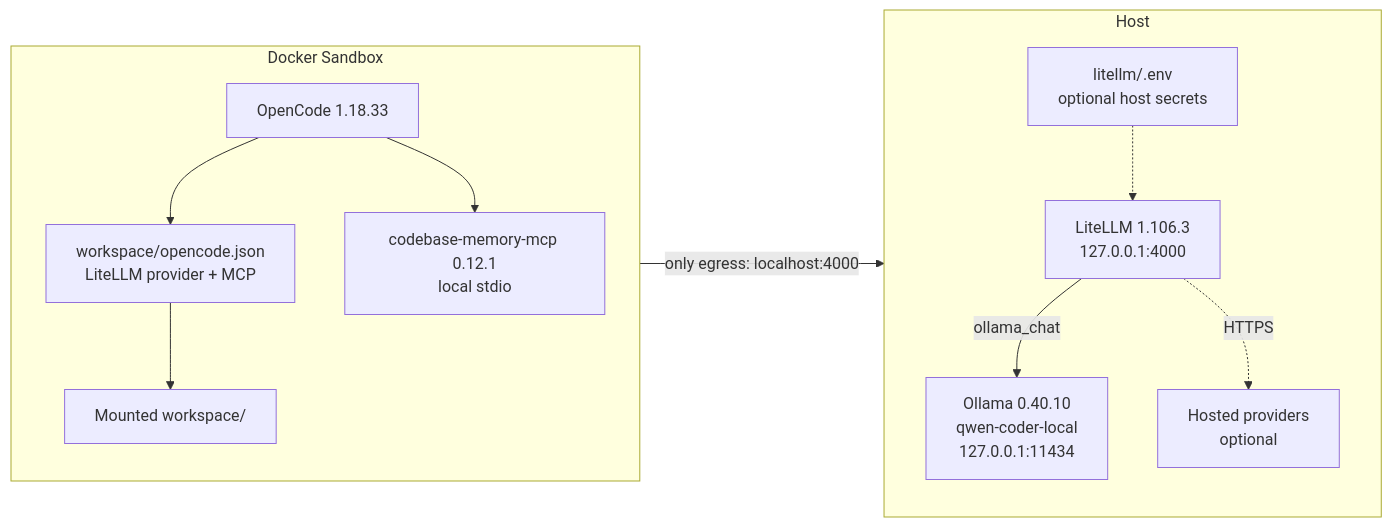
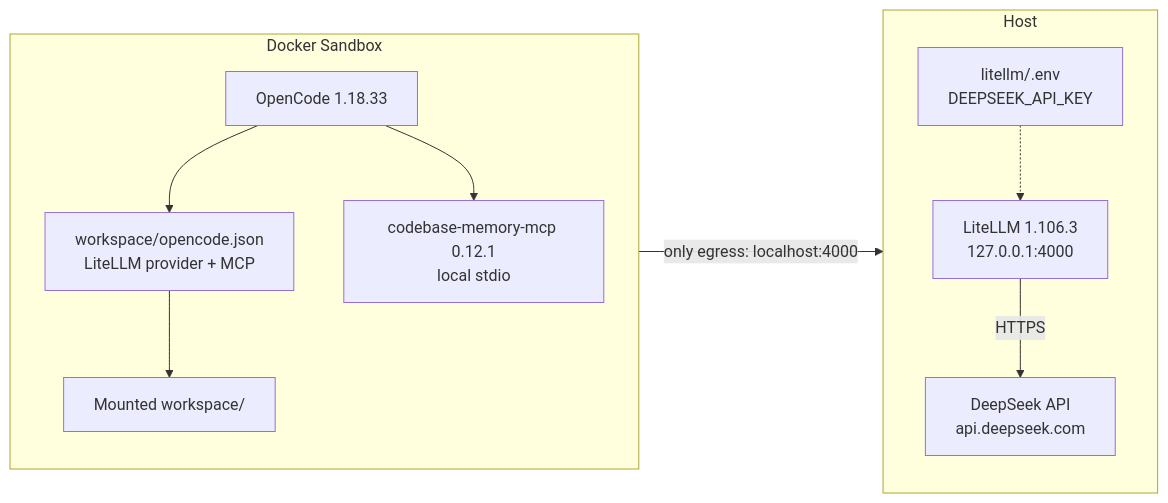
The first of 2 diagrams in README.md (danielgit0/llm-sandbox-environments), drawn with Mermaid before and after one commit. The commit also changed other lines of this file and 2 other files, not shown here.

First line of the commit message:
docs: document DeepSeek-only runtime and local Flutter bridge

````diff
--- a/README.md
+++ b/README.md
@@ -18,26 +18,24 @@
 ```mermaid
 flowchart LR
     subgraph Host["Host"]
         direction TB
-        Ollama["Ollama 0.40.10<br/>qwen-coder-local<br/>127.0.0.1:11434"]
+        DeepSeek["DeepSeek API<br/>api.deepseek.com"]
         LiteLLM["LiteLLM 1.106.3<br/>127.0.0.1:4000"]
-        Secrets["litellm/.env<br/>optional host secrets"]
-        Providers["Hosted providers<br/>optional"]
-        LiteLLM -->|"ollama_chat"| Ollama
-        LiteLLM -.->|"HTTPS"| Providers
+        Secrets["litellm/.env<br/>DEEPSEEK_API_KEY"]
+        LiteLLM -->|"HTTPS"| DeepSeek
         Secrets -.-> LiteLLM
     end
 
     subgraph Sandbox["Docker Sandbox"]
         direction TB
         OpenCode["OpenCode 1.18.33"]
         Config["workspace/opencode.json<br/>LiteLLM provider + MCP"]
         MCP["codebase-memory-mcp 0.12.1<br/>local stdio"]
         Workspace["Mounted workspace/"]
         OpenCode --> Config
         OpenCode --> MCP
         Config --> Workspace
     end
 
     OpenCode -->|"only egress: localhost:4000"| LiteLLM
 ```
````
